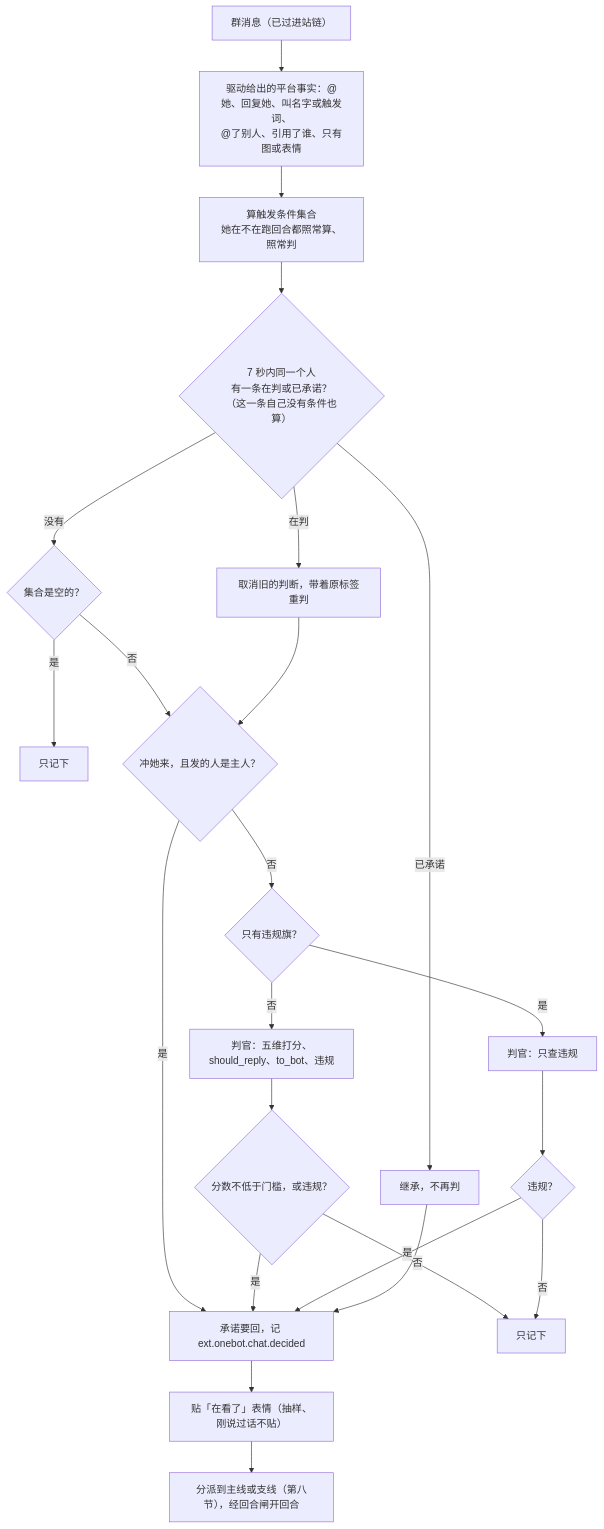
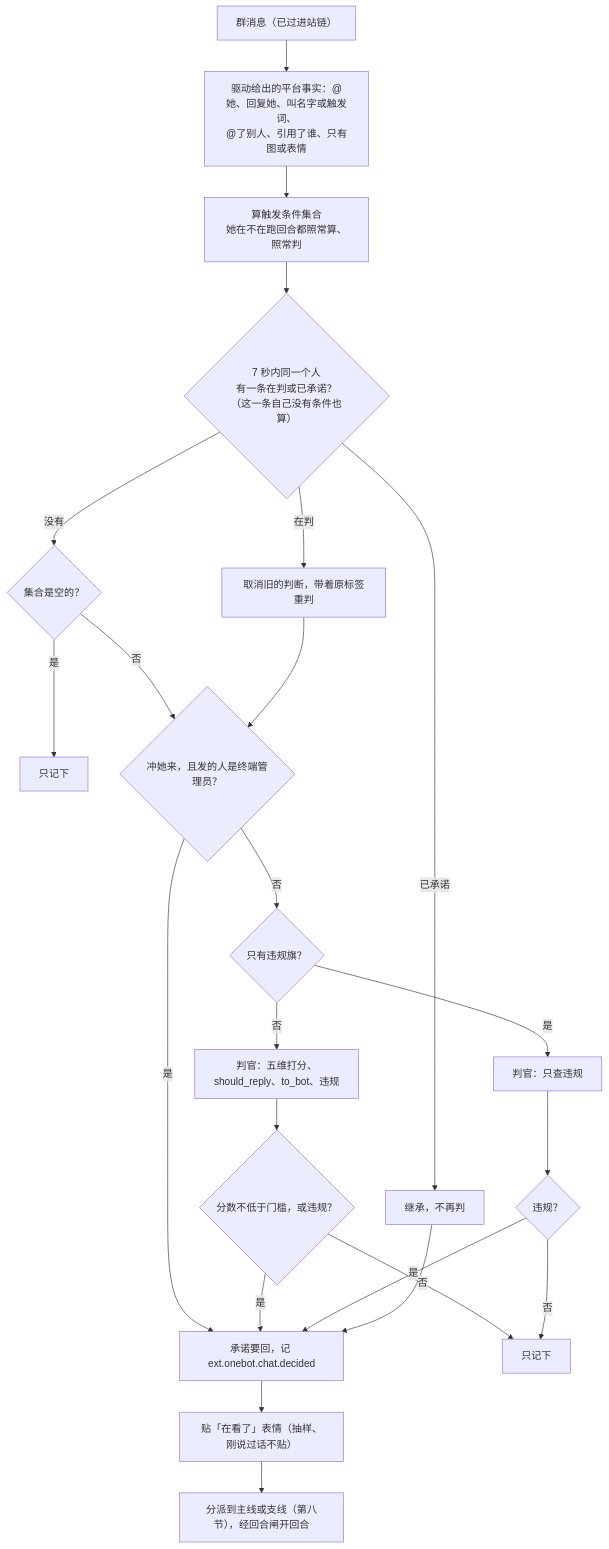
Before and after one commit to SHORiN-KiWATA/miyu-agent-remake: the third of 6 diagrams in docs/designs/18-通讯平台.md, drawn with Mermaid. The commit also changed other lines of this file and 72 other files, not shown here.

````diff
--- a/docs/designs/18-通讯平台.md
+++ b/docs/designs/18-通讯平台.md
@@ -301,25 +303,25 @@
 ```mermaid
 flowchart TB
     msg["群消息（已过进站链）"] --> facts["驱动给出的平台事实：@她、回复她、叫名字或触发词、<br/>@了别人、引用了谁、只有图或表情"]
     facts --> set["算触发条件集合<br/>她在不在跑回合都照常算、照常判"]
     set --> sup{"7 秒内同一个人<br/>有一条在判或已承诺？<br/>（这一条自己没有条件也算）"}
     sup -- "已承诺" --> inherit["继承，不再判"]
     sup -- "在判" --> cancel["取消旧的判断，带着原标签重判"]
     sup -- "没有" --> empty{"集合是空的？"}
     empty -- "是" --> rec1["只记下"]
     empty -- "否" --> owner
-    cancel --> owner{"冲她来，且发的人是主人？"}
+    cancel --> owner{"冲她来，且发的人是终端管理员？"}
     owner -- "是" --> commit
     owner -- "否" --> only{"只有违规旗？"}
     only -- "是" --> modj["判官：只查违规"]
     only -- "否" --> judge["判官：五维打分、should_reply、to_bot、违规"]
     judge --> pass{"分数不低于门槛，或违规？"}
     modj --> viol{"违规？"}
     pass -- "否" --> rec2["只记下"]
     viol -- "否" --> rec2
     pass -- "是" --> commit["承诺要回，记 ext.onebot.chat.decided"]
     viol -- "是" --> commit
     inherit --> commit
     commit --> react["贴「在看了」表情（抽样、刚说过话不贴）"]
     react --> disp["分派到主线或支线（第八节），经回合闸开回合"]
 ```
````
